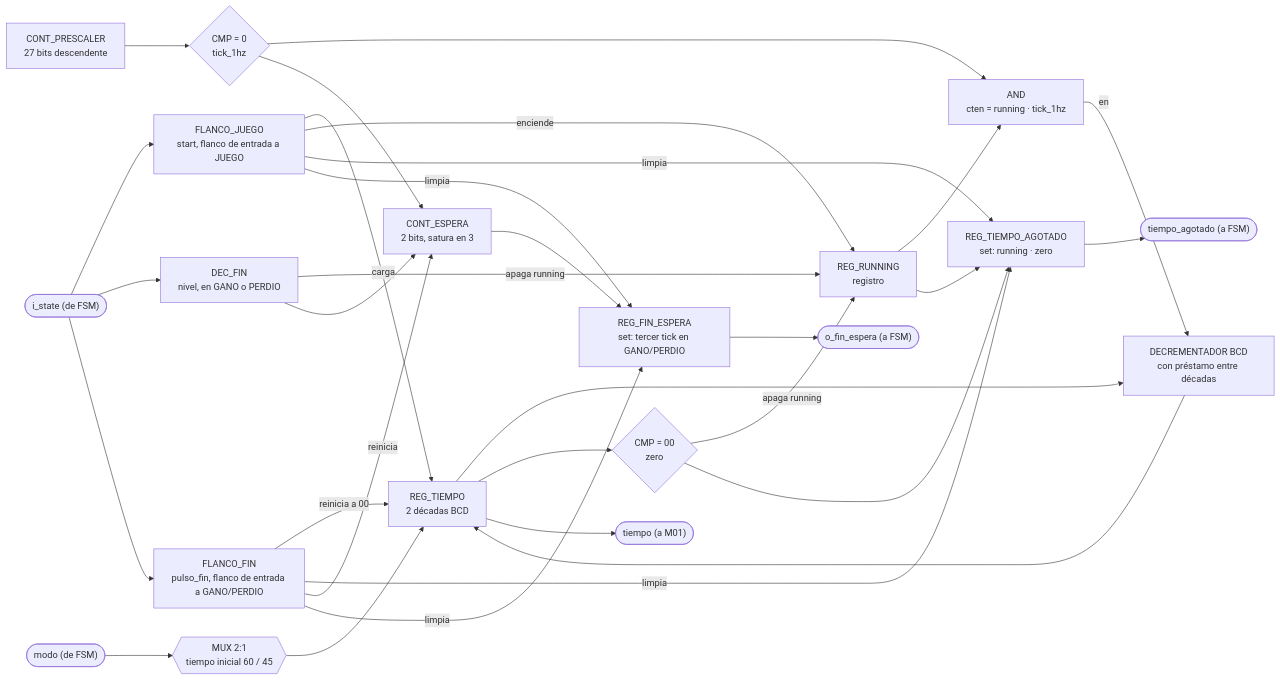
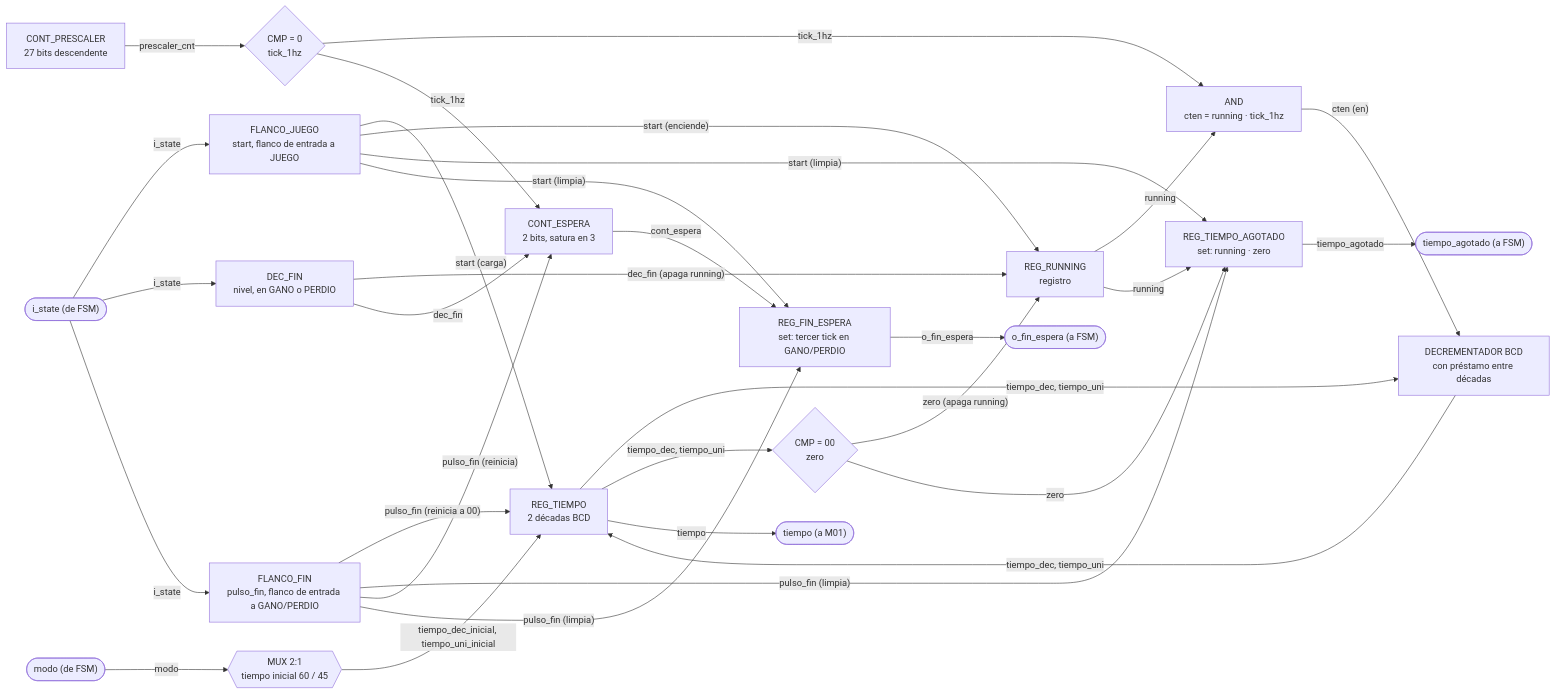
Before and after one commit to Taller-de-diseno-digital-GR01/Proyecto-2-Ahorcado: the first of 2 diagrams in docs/diseño/modulos/M03_Temporizador.md, drawn with Mermaid. The commit also changed 10 other files, not shown here.

Commit message:
Nivel 3: Todas las señales con nombres

````diff
--- a/docs/diseño/modulos/M03_Temporizador.md
+++ b/docs/diseño/modulos/M03_Temporizador.md
@@ -9,33 +9,33 @@
 ```mermaid
 flowchart LR
-    IN_STATE(["i_state (de FSM)"]) --> DECJ["FLANCO_JUEGO<br/>start, flanco de entrada a JUEGO"]
-    IN_STATE --> DECFN["DEC_FIN<br/>nivel, en GANO o PERDIO"]
-    IN_STATE --> DECF["FLANCO_FIN<br/>pulso_fin, flanco de entrada a GANO/PERDIO"]
-    DECJ -->|"carga"| REG_T["REG_TIEMPO<br/>2 décadas BCD"]
-    DECJ -->|"enciende"| REG_RUN["REG_RUNNING<br/>registro"]
-    DECFN -->|"apaga running"| REG_RUN
-    DECF -->|"reinicia a 00"| REG_T
-    IN_MODO(["modo (de FSM)"]) --> MUX1{{"MUX 2:1<br/>tiempo inicial 60 / 45"}}
-    MUX1 --> REG_T
-    CNT_PRE["CONT_PRESCALER<br/>27 bits descendente"] --> CMP0{"CMP = 0<br/>tick_1hz"}
-    CMP0 --> AND_EN["AND<br/>cten = running · tick_1hz"]
-    REG_RUN --> AND_EN
-    AND_EN -->|en| SUB1["DECREMENTADOR BCD<br/>con préstamo entre décadas"]
-    REG_T --> SUB1
-    SUB1 --> REG_T
-    REG_T --> CMP2{"CMP = 00<br/>zero"}
-    CMP2 -->|"apaga running"| REG_RUN
-    CMP2 --> REG_TA["REG_TIEMPO_AGOTADO<br/>set: running · zero"]
-    REG_RUN --> REG_TA
-    DECJ -->|"limpia"| REG_TA
-    DECF -->|"limpia"| REG_TA
-    REG_TA --> OUT_FIN(["tiempo_agotado (a FSM)"])
-    REG_T --> OUT_TIME(["tiempo (a M01)"])
-    DECF -->|"reinicia"| CNT_ESPERA["CONT_ESPERA<br/>2 bits, satura en 3"]
-    DECFN --> CNT_ESPERA
-    CMP0 --> CNT_ESPERA
-    CNT_ESPERA --> REG_FE["REG_FIN_ESPERA<br/>set: tercer tick en GANO/PERDIO"]
-    DECJ -->|"limpia"| REG_FE
-    DECF -->|"limpia"| REG_FE
-    REG_FE --> OUT_ESPERA(["o_fin_espera (a FSM)"])
+    IN_STATE(["i_state (de FSM)"]) -->|i_state| DECJ["FLANCO_JUEGO<br/>start, flanco de entrada a JUEGO"]
+    IN_STATE -->|i_state| DECFN["DEC_FIN<br/>nivel, en GANO o PERDIO"]
+    IN_STATE -->|i_state| DECF["FLANCO_FIN<br/>pulso_fin, flanco de entrada a GANO/PERDIO"]
+    DECJ -->|"start (carga)"| REG_T["REG_TIEMPO<br/>2 décadas BCD"]
+    DECJ -->|"start (enciende)"| REG_RUN["REG_RUNNING<br/>registro"]
+    DECFN -->|"dec_fin (apaga running)"| REG_RUN
+    DECF -->|"pulso_fin (reinicia a 00)"| REG_T
+    IN_MODO(["modo (de FSM)"]) -->|modo| MUX1{{"MUX 2:1<br/>tiempo inicial 60 / 45"}}
+    MUX1 -->|"tiempo_dec_inicial, tiempo_uni_inicial"| REG_T
+    CNT_PRE["CONT_PRESCALER<br/>27 bits descendente"] -->|prescaler_cnt| CMP0{"CMP = 0<br/>tick_1hz"}
+    CMP0 -->|tick_1hz| AND_EN["AND<br/>cten = running · tick_1hz"]
+    REG_RUN -->|running| AND_EN
+    AND_EN -->|"cten (en)"| SUB1["DECREMENTADOR BCD<br/>con préstamo entre décadas"]
+    REG_T -->|"tiempo_dec, tiempo_uni"| SUB1
+    SUB1 -->|"tiempo_dec, tiempo_uni"| REG_T
+    REG_T -->|"tiempo_dec, tiempo_uni"| CMP2{"CMP = 00<br/>zero"}
+    CMP2 -->|"zero (apaga running)"| REG_RUN
+    CMP2 -->|zero| REG_TA["REG_TIEMPO_AGOTADO<br/>set: running · zero"]
+    REG_RUN -->|running| REG_TA
+    DECJ -->|"start (limpia)"| REG_TA
+    DECF -->|"pulso_fin (limpia)"| REG_TA
+    REG_TA -->|tiempo_agotado| OUT_FIN(["tiempo_agotado (a FSM)"])
+    REG_T -->|tiempo| OUT_TIME(["tiempo (a M01)"])
+    DECF -->|"pulso_fin (reinicia)"| CNT_ESPERA["CONT_ESPERA<br/>2 bits, satura en 3"]
+    DECFN -->|dec_fin| CNT_ESPERA
+    CMP0 -->|tick_1hz| CNT_ESPERA
+    CNT_ESPERA -->|cont_espera| REG_FE["REG_FIN_ESPERA<br/>set: tercer tick en GANO/PERDIO"]
+    DECJ -->|"start (limpia)"| REG_FE
+    DECF -->|"pulso_fin (limpia)"| REG_FE
+    REG_FE -->|o_fin_espera| OUT_ESPERA(["o_fin_espera (a FSM)"])
 ```
````
